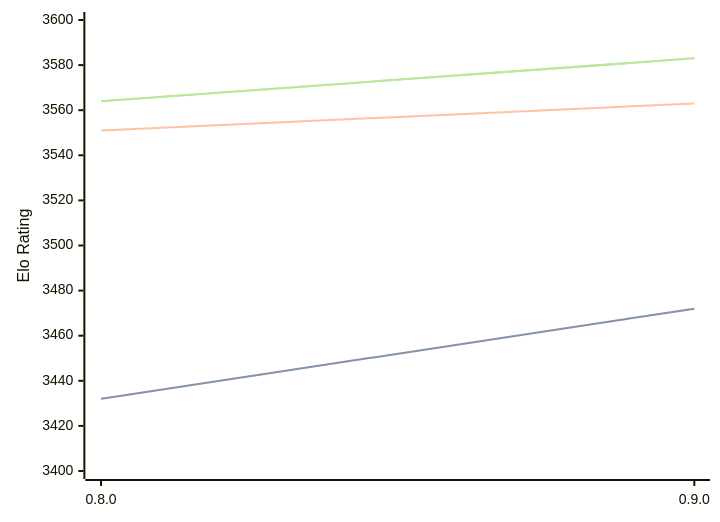
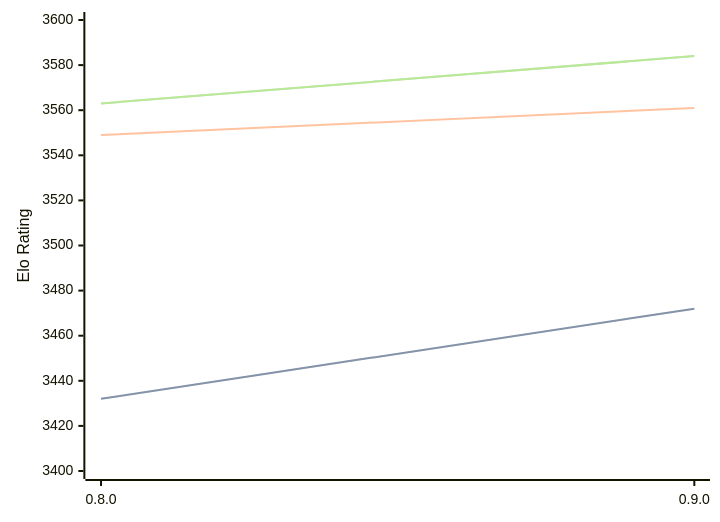
Before and after one commit to computer-chess-index/cci: the diagram in engines/Reckless.md, drawn with Mermaid. The commit also changed other lines of this file, not shown here.

Commit message:
Update CCI Ratings (ELO VLTC) - 2026-08-03

````diff
--- a/engines/Reckless.md
+++ b/engines/Reckless.md
@@ -39,11 +39,11 @@
 ```mermaid
 %%{init: {"theme":"base","themeVariables":{"seriesColors:['#a3a3a3','#222221','#faa371']}}}%%
 xychart-beta
   x-axis ["0.8.0", "0.9.0"]
   y-axis "Elo Rating" 3400 --> 3600
   line "STC (8.0+0.08s)" [3432, 3472]
   line "STC (8.0+0.08s)" [3432, 3472]
-  line "LTC (60.0+0.60s)" [3551, 3563]
-  line "VLTC (2m24s+1.12s)" [3564, 3583]
-  line "VLTC (2m24s+1.12s)" [3564, 3583]
+  line "LTC (60.0+0.60s)" [3549, 3561]
+  line "VLTC (2m24s+1.12s)" [3563, 3584]
+  line "VLTC (2m24s+1.12s)" [3563, 3584]
 ```
````
